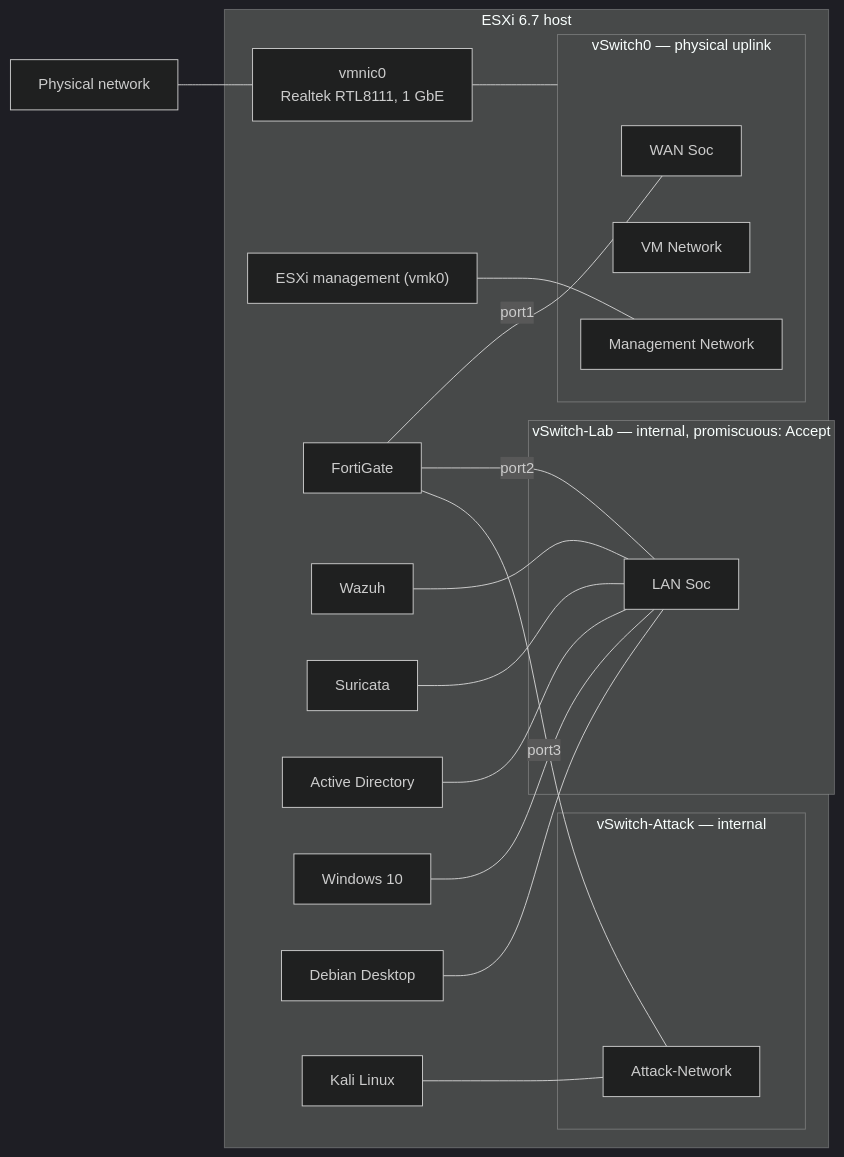
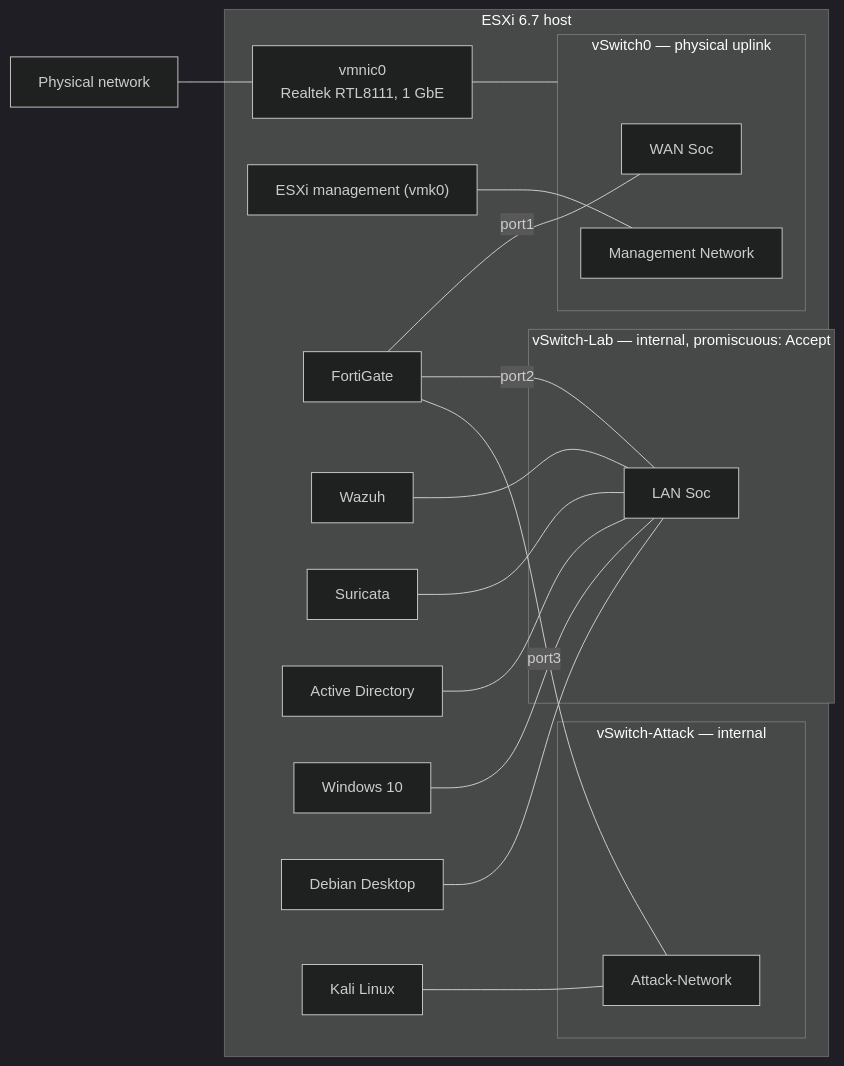
One commit to guilhermeescame/soc-homelab-wazuh changed the diagram in docs/01-infrastructure-baseline.md. Above: the diagram before and after it, drawn with Mermaid (dark theme). The commit also changed other lines of this file, not shown here.

Commit message:
Remove unused VM Network port group from baseline

````diff
--- a/docs/01-infrastructure-baseline.md
+++ b/docs/01-infrastructure-baseline.md
@@ -33,36 +33,35 @@
 ```mermaid
 flowchart LR
     PHY["Physical network"] --- NIC["vmnic0<br/>Realtek RTL8111, 1 GbE"]
 
     subgraph ESXI["ESXi 6.7 host"]
         subgraph SW0["vSwitch0 — physical uplink"]
             WANSOC["WAN Soc"]
-            VMNET["VM Network"]
             MGMT["Management Network"]
         end
 
         subgraph SWLAB["vSwitch-Lab — internal, promiscuous: Accept"]
             LANSOC["LAN Soc"]
         end
 
         subgraph SWATK["vSwitch-Attack — internal"]
             ATKNET["Attack-Network"]
         end
 
         NIC --- SW0
 
         VMK["ESXi management (vmk0)"] --- MGMT
 
         FG["FortiGate"]
         FG ---|"port1"| WANSOC
         FG ---|"port2"| LANSOC
         FG ---|"port3"| ATKNET
 
         WAZUH["Wazuh"] --- LANSOC
         SUR["Suricata"] --- LANSOC
         AD["Active Directory"] --- LANSOC
         W10["Windows 10"] --- LANSOC
         DEB["Debian Desktop"] --- LANSOC
         KALI["Kali Linux"] --- ATKNET
     end
 ```
````
